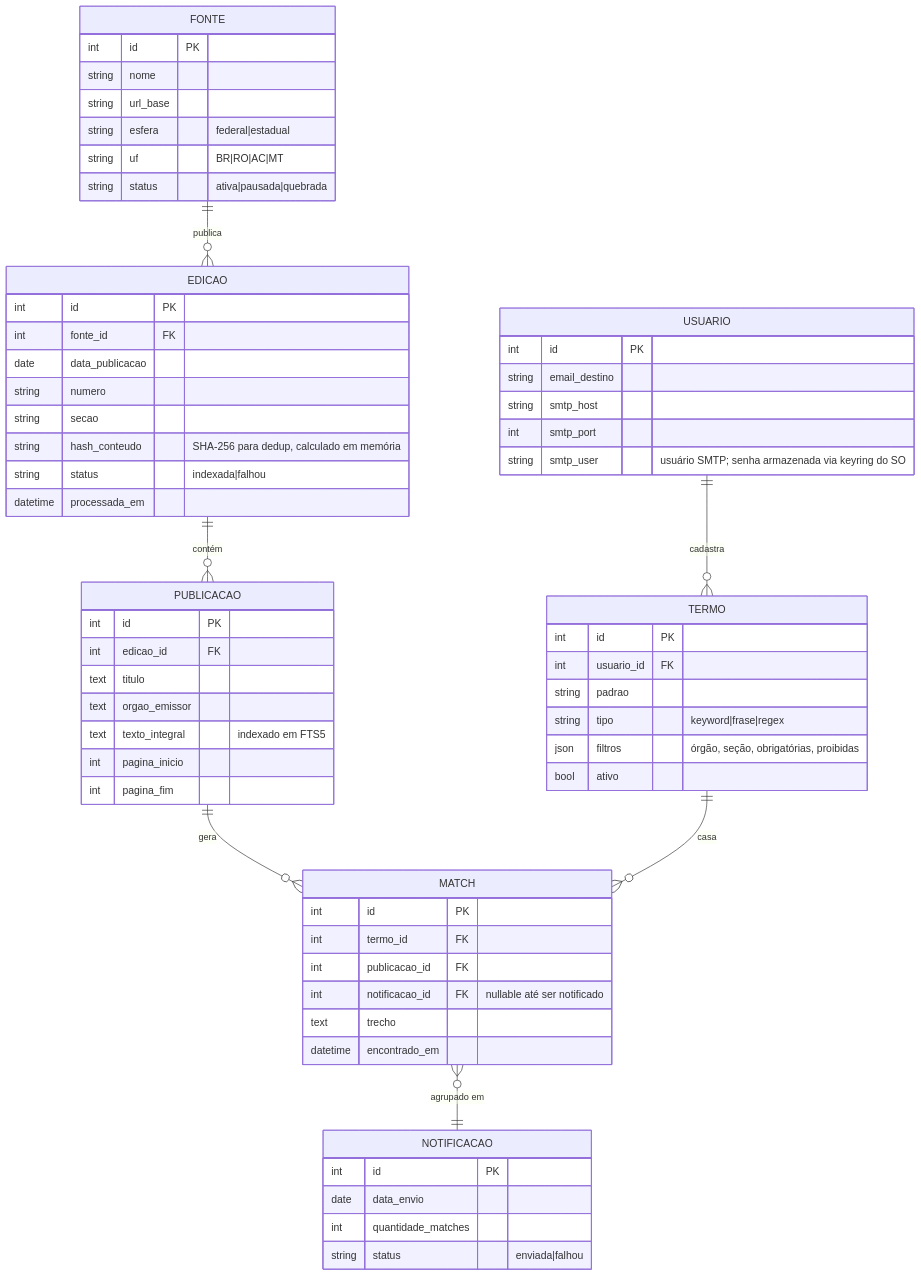
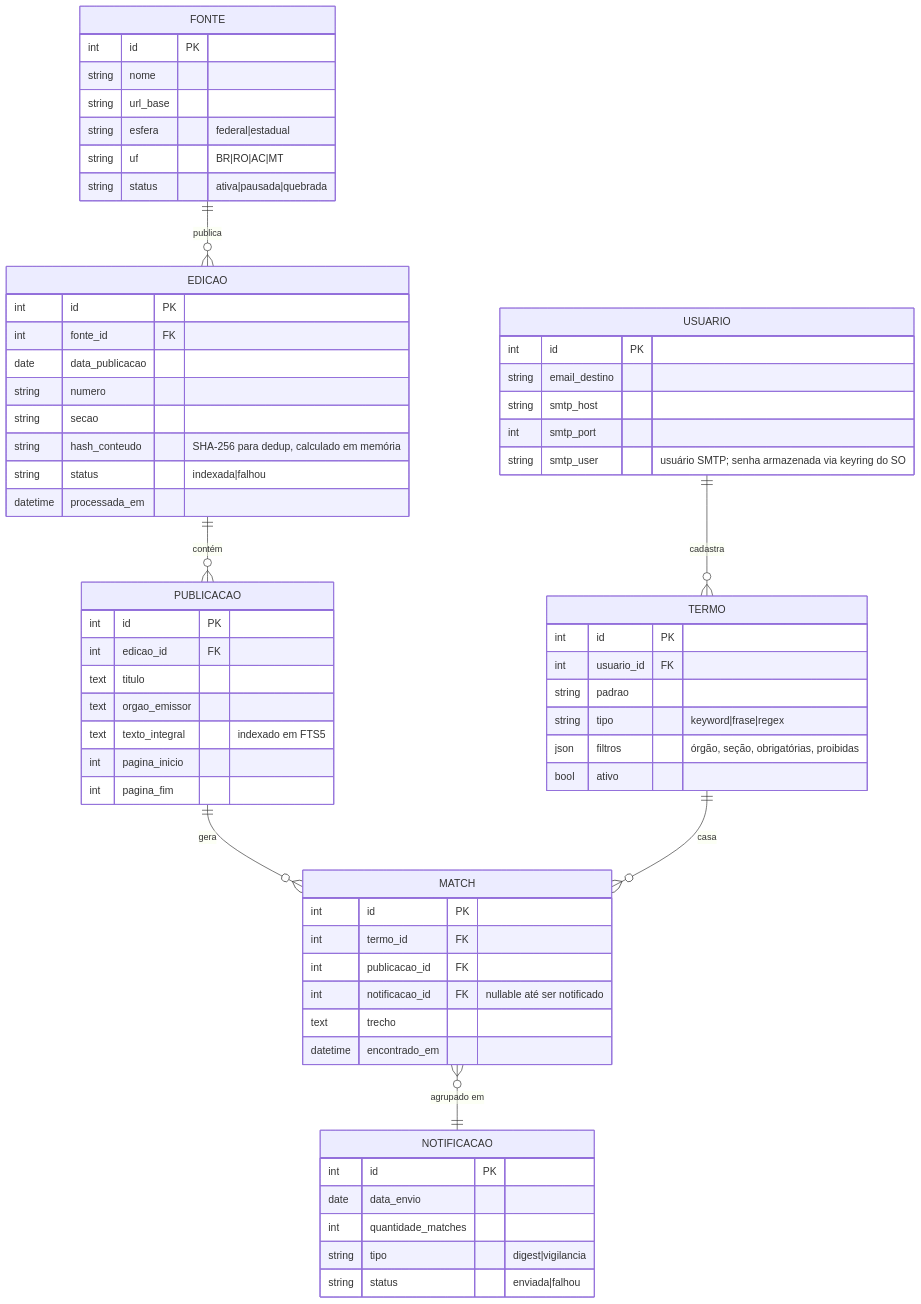
The third of 3 diagrams in docs/ARCHITECTURE.md (CharlestonRibeiro/achaDO), drawn with Mermaid before and after one commit. The commit also changed other lines of this file and 1 other file, not shown here.

````diff
--- a/docs/ARCHITECTURE.md
+++ b/docs/ARCHITECTURE.md
@@ -145,66 +145,67 @@
 ```mermaid
 erDiagram
     FONTE ||--o{ EDICAO : "publica"
     EDICAO ||--o{ PUBLICACAO : "contém"
     PUBLICACAO ||--o{ MATCH : "gera"
     TERMO ||--o{ MATCH : "casa"
     USUARIO ||--o{ TERMO : "cadastra"
     MATCH }o--|| NOTIFICACAO : "agrupado em"
 
     FONTE {
         int id PK
         string nome
         string url_base
         string esfera "federal|estadual"
         string uf "BR|RO|AC|MT"
         string status "ativa|pausada|quebrada"
     }
     EDICAO {
         int id PK
         int fonte_id FK
         date data_publicacao
         string numero
         string secao
         string hash_conteudo "SHA-256 para dedup, calculado em memória"
         string status "indexada|falhou"
         datetime processada_em
     }
     PUBLICACAO {
         int id PK
         int edicao_id FK
         text titulo
         text orgao_emissor
         text texto_integral "indexado em FTS5"
         int pagina_inicio
         int pagina_fim
     }
     TERMO {
         int id PK
         int usuario_id FK
         string padrao
         string tipo "keyword|frase|regex"
         json filtros "órgão, seção, obrigatórias, proibidas"
         bool ativo
     }
     MATCH {
         int id PK
         int termo_id FK
         int publicacao_id FK
         int notificacao_id FK "nullable até ser notificado"
         text trecho
         datetime encontrado_em
     }
     NOTIFICACAO {
         int id PK
         date data_envio
         int quantidade_matches
+        string tipo "digest|vigilancia"
         string status "enviada|falhou"
     }
     USUARIO {
         int id PK
         string email_destino
         string smtp_host
         int smtp_port
         string smtp_user "usuário SMTP; senha armazenada via keyring do SO"
     }
 ```
````
